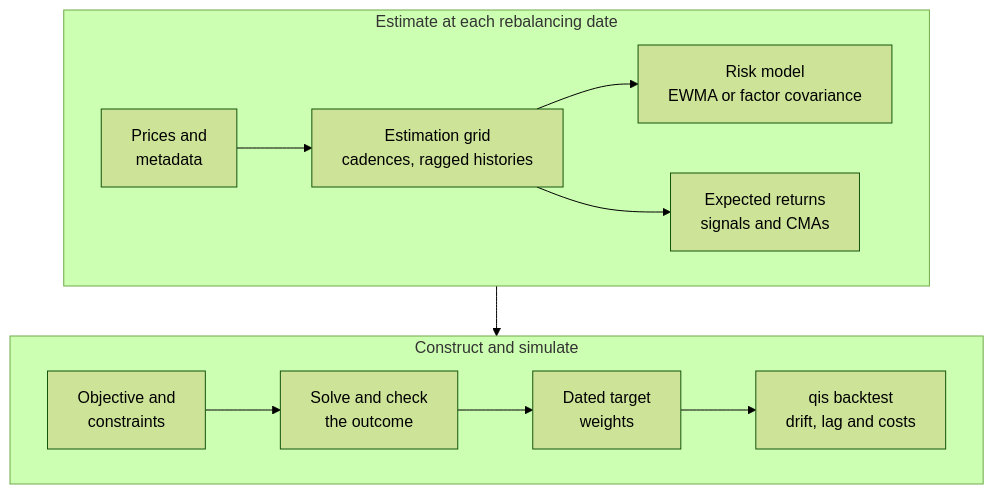
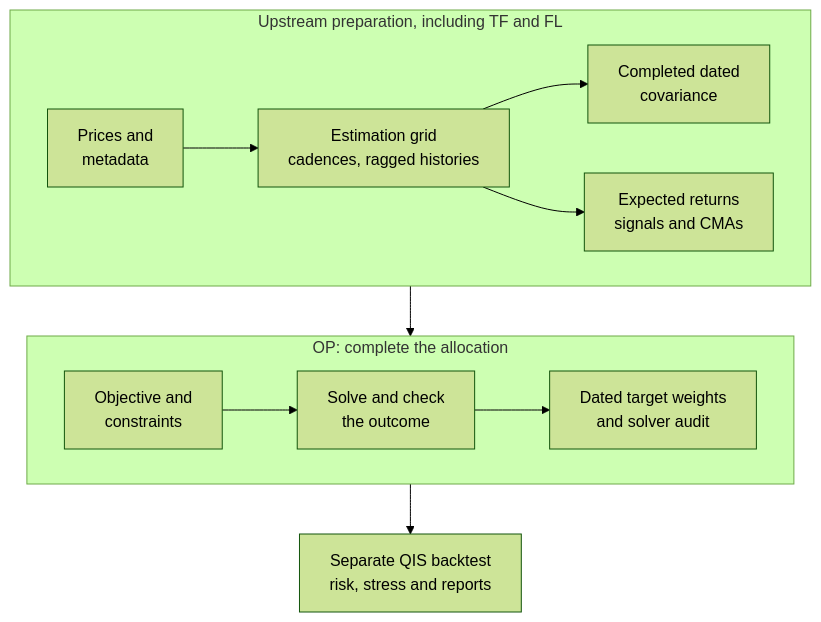
The diagram in docs/index.md (ArturSepp/OptimalPortfolios), drawn with Mermaid (forest theme) before and after one commit. The commit also changed other lines of this file and 23 other files, not shown here.

Commit message:
Document completed portfolio outputs and move factor workflows upstream

````diff
--- a/docs/index.md
+++ b/docs/index.md
@@ -98,14 +103,15 @@
 ```mermaid
 flowchart TB
-    subgraph estimate ["Estimate at each rebalancing date"]
+    subgraph estimate ["Upstream preparation, including TF and FL"]
         direction LR
         A["Prices and<br/>metadata"] --> B["Estimation grid<br/>cadences, ragged histories"]
-        B --> C["Risk model<br/>EWMA or factor covariance"]
+        B --> C["Completed dated<br/>covariance"]
         B --> D["Expected returns<br/>signals and CMAs"]
     end
-    subgraph construct ["Construct and simulate"]
+    subgraph construct ["OP: complete the allocation"]
         direction LR
-        E["Objective and<br/>constraints"] --> F["Solve and check<br/>the outcome"] --> G["Dated target<br/>weights"] --> H["qis backtest<br/>drift, lag and costs"]
+        E["Objective and<br/>constraints"] --> F["Solve and check<br/>the outcome"] --> G["Dated target weights<br/>and solver audit"]
     end
     estimate --> construct
+    G --> H["Separate QIS backtest<br/>risk, stress and reports"]
 ```
````
